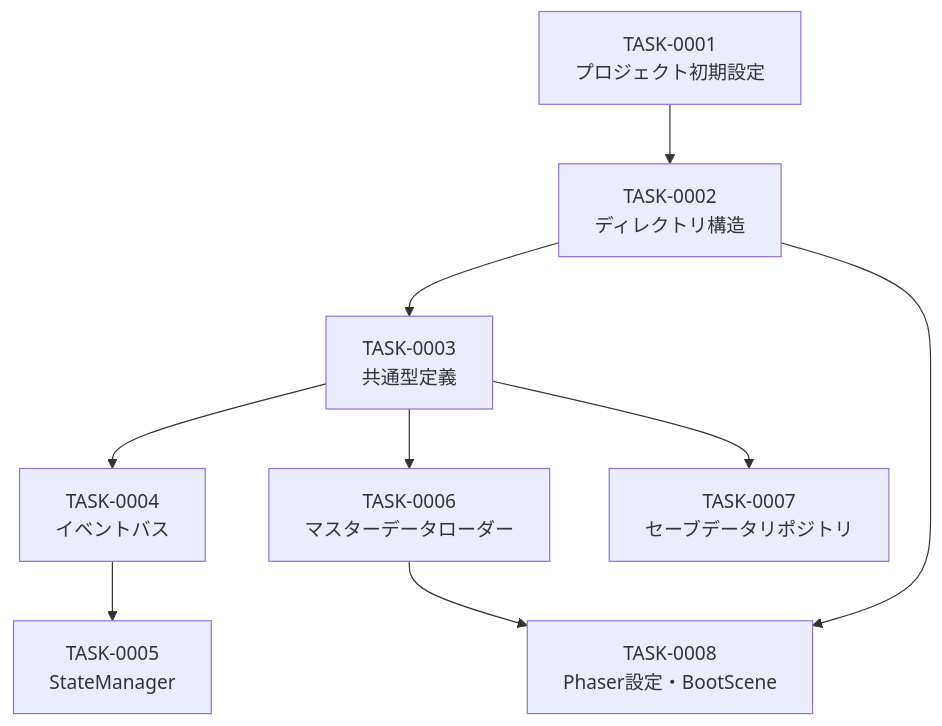
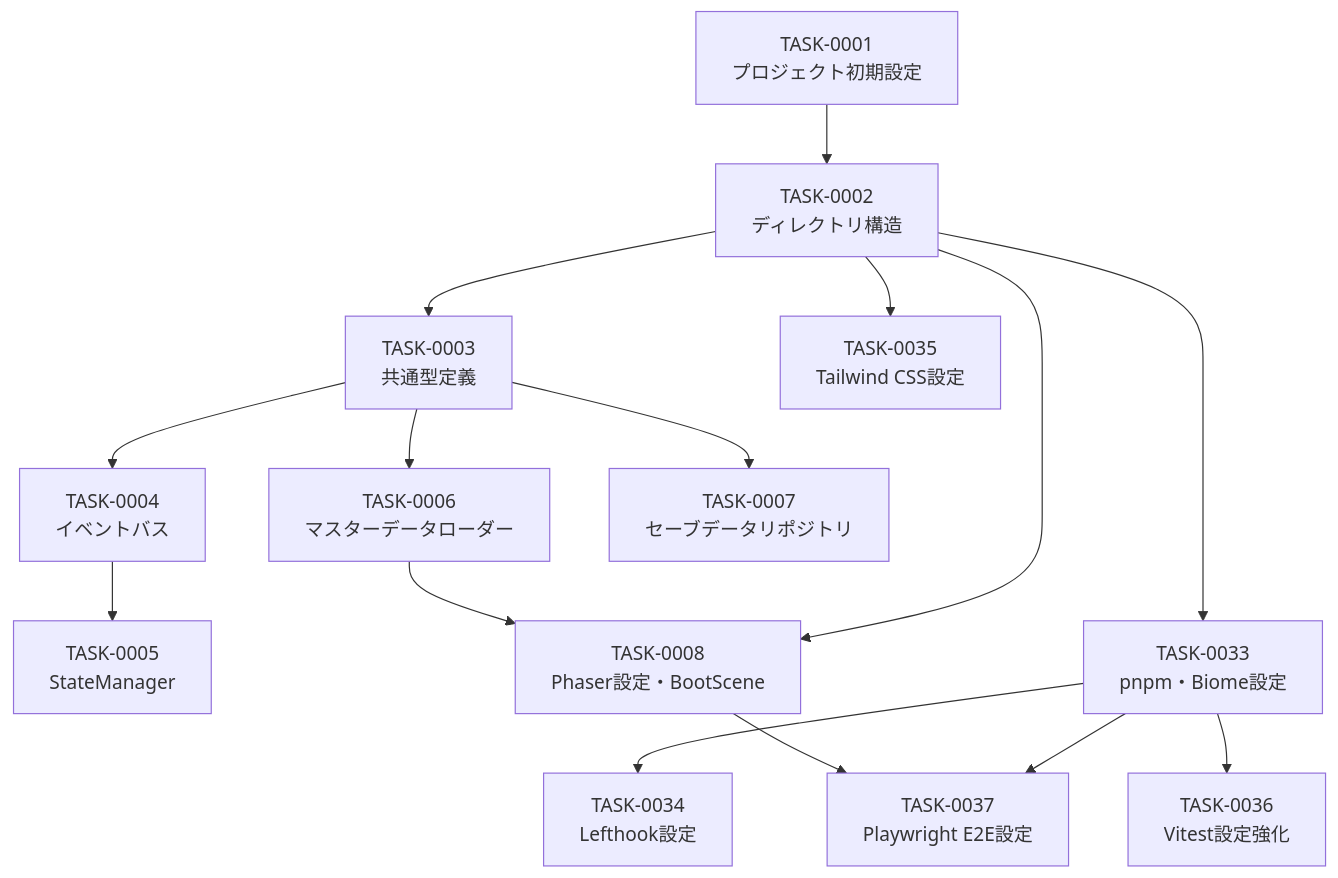
One commit to yaguma/atelier changed the first of 2 diagrams in docs/tasks/atelier-guild-rank/overview.md. Above: the diagram before and after it, drawn with Mermaid. The commit also changed other lines of this file and 7 other files, not shown here.

````diff
--- a/docs/tasks/atelier-guild-rank/overview.md
+++ b/docs/tasks/atelier-guild-rank/overview.md
@@ -57,20 +62,31 @@
 ```mermaid
 graph TD
     T0001[TASK-0001<br>プロジェクト初期設定]
     T0002[TASK-0002<br>ディレクトリ構造]
     T0003[TASK-0003<br>共通型定義]
     T0004[TASK-0004<br>イベントバス]
     T0005[TASK-0005<br>StateManager]
     T0006[TASK-0006<br>マスターデータローダー]
     T0007[TASK-0007<br>セーブデータリポジトリ]
     T0008[TASK-0008<br>Phaser設定・BootScene]
+    T0033[TASK-0033<br>pnpm・Biome設定]
+    T0034[TASK-0034<br>Lefthook設定]
+    T0035[TASK-0035<br>Tailwind CSS設定]
+    T0036[TASK-0036<br>Vitest設定強化]
+    T0037[TASK-0037<br>Playwright E2E設定]
 
     T0001 --> T0002
     T0002 --> T0003
     T0003 --> T0004
     T0004 --> T0005
     T0003 --> T0006
     T0003 --> T0007
     T0002 --> T0008
     T0006 --> T0008
+    T0002 --> T0033
+    T0033 --> T0034
+    T0002 --> T0035
+    T0033 --> T0036
+    T0033 --> T0037
+    T0008 --> T0037
 ```
````
